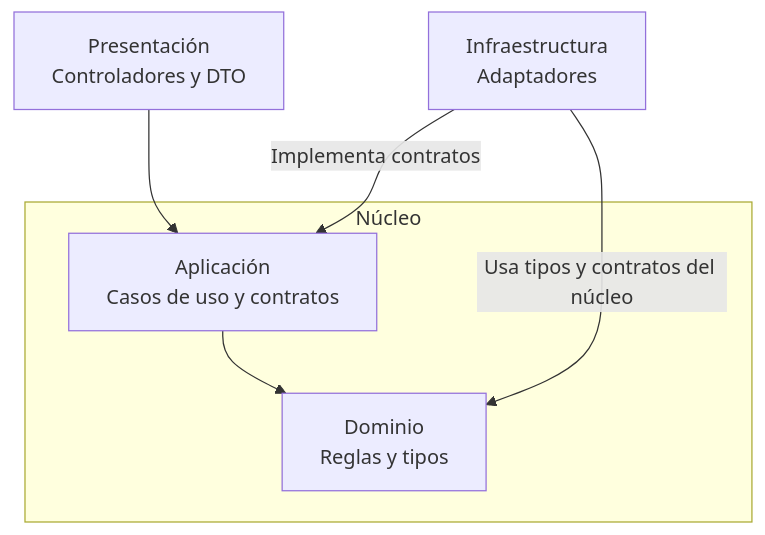
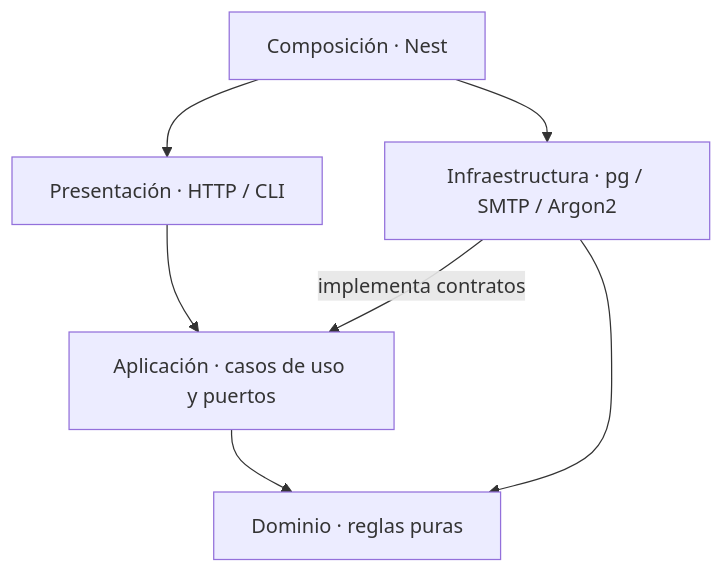
One commit to WillimasRusbelths/academia-virtual changed the diagram in docs/02-arquitectura-software/enfoque-arquitectonico.md. Above: the diagram before and after it, drawn with Mermaid. The commit also changed other lines of this file and 67 other files, not shown here.

````diff
--- a/docs/02-arquitectura-software/enfoque-arquitectonico.md
+++ b/docs/02-arquitectura-software/enfoque-arquitectonico.md
@@ -63,15 +16,9 @@
 ```mermaid
 flowchart TB
-    presentacion["Presentación<br/>Controladores y DTO"]
-    infraestructura["Infraestructura<br/>Adaptadores"]
-
-    subgraph nucleo["Núcleo"]
-        aplicacion["Aplicación<br/>Casos de uso y contratos"]
-        dominio["Dominio<br/>Reglas y tipos"]
-    end
-
-    presentacion --> aplicacion
-    aplicacion --> dominio
-    infraestructura -->|"Implementa contratos"| aplicacion
-    infraestructura -->|"Usa tipos y contratos del núcleo"| dominio
+  entradas["Presentación · HTTP / CLI"] --> app["Aplicación · casos de uso y puertos"]
+  app --> dominio["Dominio · reglas puras"]
+  infra["Infraestructura · pg / SMTP / Argon2"] -->|"implementa contratos"| app
+  infra --> dominio
+  raiz["Composición · Nest"] --> entradas
+  raiz --> infra
 ```
````
